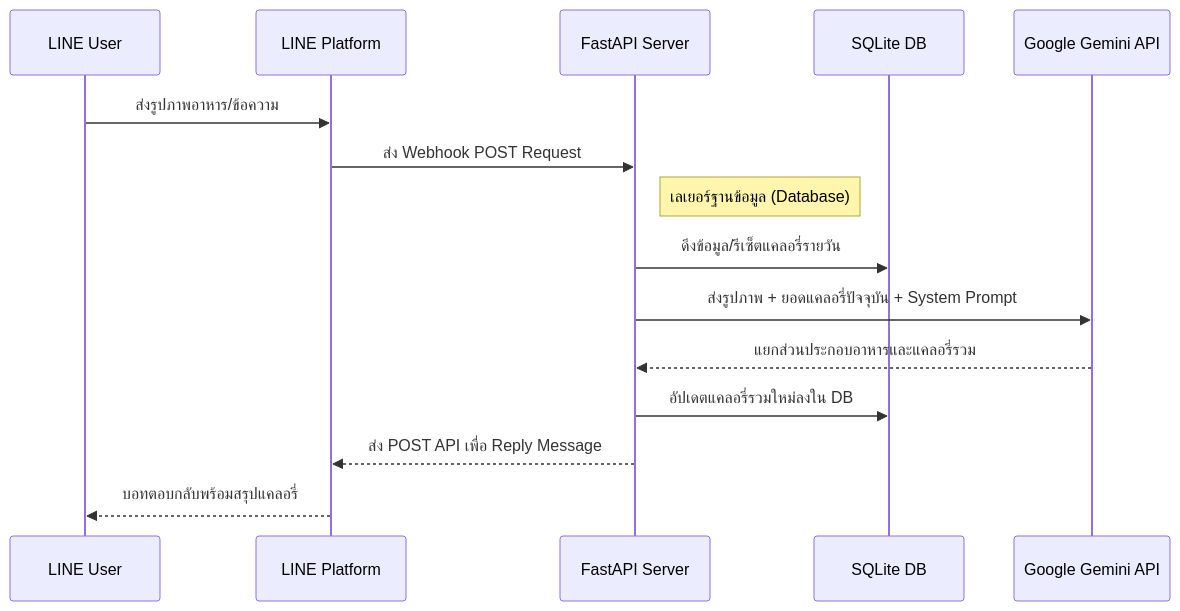
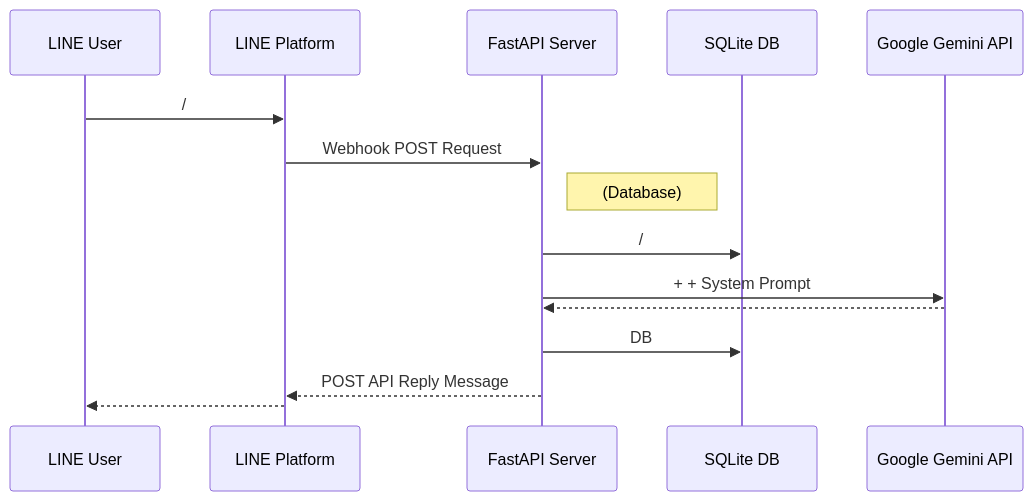
One commit to welltilln/howmanycals changed the diagram in docs/README-TH.md. Above: the diagram before and after it, drawn with Mermaid. The commit also changed other lines of this file and 3 other files, not shown here.

````diff
--- a/docs/README-TH.md
+++ b/docs/README-TH.md
@@ -42,18 +42,18 @@
 ```mermaid
 sequenceDiagram
     participant User as LINE User
     participant LINE as LINE Platform
     participant App as FastAPI Server
     participant DB as SQLite DB
     participant Gemini as Google Gemini API
 
-    User->>LINE: ส่งรูปภาพอาหาร/ข้อความ
-    LINE->>App: ส่ง Webhook POST Request
-    Note right of App: เลเยอร์ฐานข้อมูล (Database)
-    App->>DB: ดึงข้อมูล/รีเซ็ตแคลอรี่รายวัน
-    App->>Gemini: ส่งรูปภาพ + ยอดแคลอรี่ปัจจุบัน + System Prompt
-    Gemini-->>App: แยกส่วนประกอบอาหารและแคลอรี่รวม
-    App->>DB: อัปเดตแคลอรี่รวมใหม่ลงใน DB
-    App-->>LINE: ส่ง POST API เพื่อ Reply Message
-    LINE-->>User: บอทตอบกลับพร้อมสรุปแคลอรี่
+    User->>LINE: /
+    LINE->>App:  Webhook POST Request
+    Note right of App:  (Database)
+    App->>DB: /
+    App->>Gemini:  +  + System Prompt
+    Gemini-->>App: 
+    App->>DB:  DB
+    App-->>LINE:  POST API  Reply Message
+    LINE-->>User: 
 ```
````
